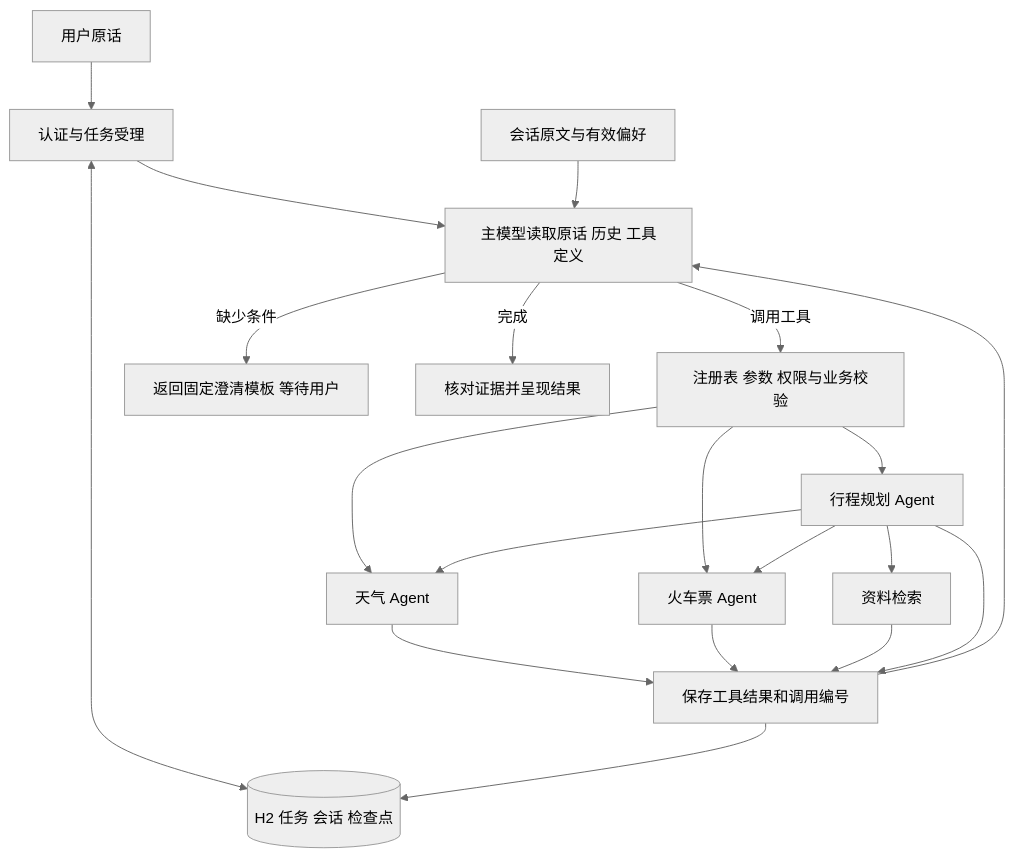
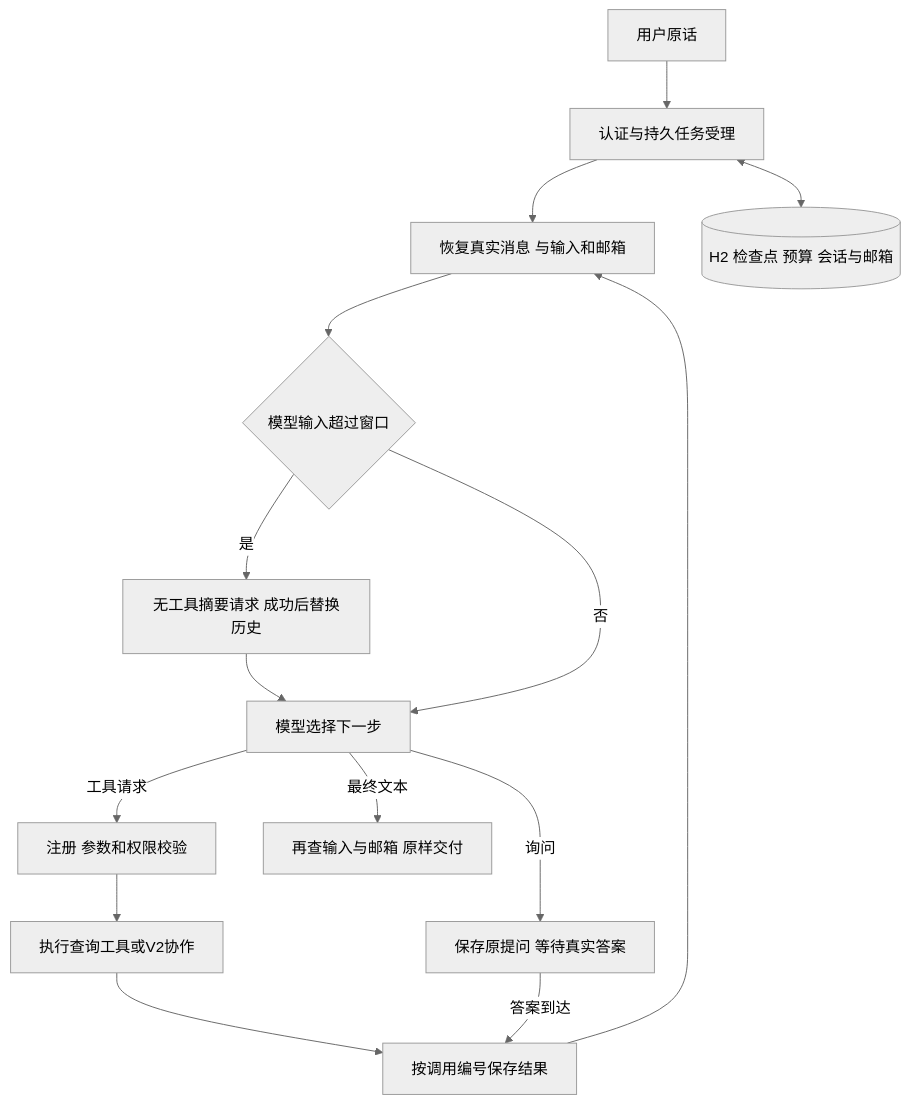
The first of 2 diagrams in docs/Supervisor使用说明.md (hj456992/agentscope-react-demo), drawn with Mermaid (neutral theme) before and after one commit. The commit also changed other lines of this file and 134 other files, not shown here.

````diff
--- a/docs/Supervisor使用说明.md
+++ b/docs/Supervisor使用说明.md
@@ -9,22 +9,17 @@
 ```mermaid
 flowchart TD
-    U[用户原话] --> A[认证与任务受理]
-    A --> S[主模型读取原话 历史 工具定义]
-    H[会话原文与有效偏好] --> S
-    S -->|调用工具| G[注册表 参数 权限与业务校验]
-    G --> W[天气 Agent]
-    G --> T[火车票 Agent]
-    G --> P[行程规划 Agent]
-    P --> W
-    P --> T
-    P --> K[资料检索]
-    W --> R[保存工具结果和调用编号]
-    T --> R
-    K --> R
-    P --> R
-    R --> S
-    S -->|缺少条件| Q[返回固定澄清模板 等待用户]
-    S -->|完成| V[核对证据并呈现结果]
-    A <--> DB[(H2 任务 会话 检查点)]
-    R --> DB
+    U[用户原话] --> A[认证与持久任务受理]
+    A --> H[恢复真实消息 与输入和邮箱]
+    H --> C{模型输入超过窗口}
+    C -->|是| K[无工具摘要请求 成功后替换历史]
+    K --> M[模型选择下一步]
+    C -->|否| M
+    M -->|工具请求| T[注册 参数和权限校验]
+    T --> Q[执行查询工具或V2协作]
+    Q --> R[按调用编号保存结果]
+    R --> H
+    M -->|询问| W[保存原提问 等待真实答案]
+    W -->|答案到达| R
+    M -->|最终文本| F[再查输入与邮箱 原样交付]
+    A <--> DB[(H2 检查点 预算 会话与邮箱)]
 ```
````
